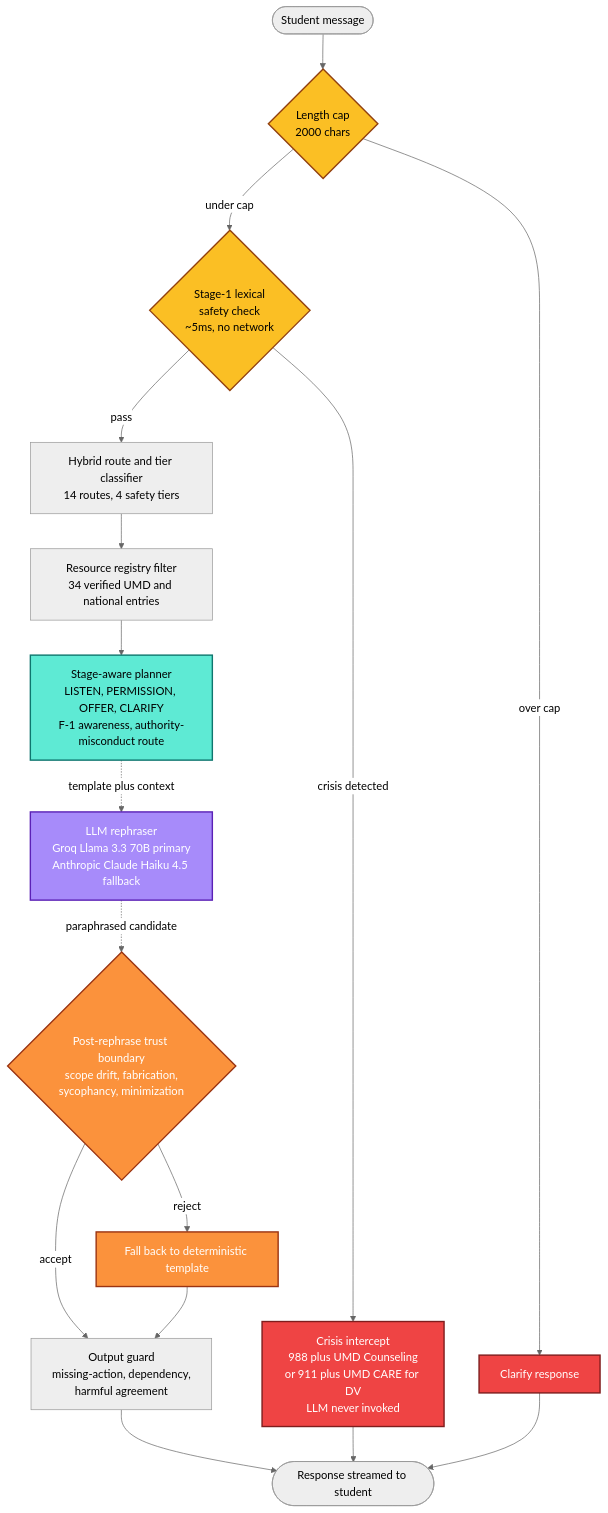
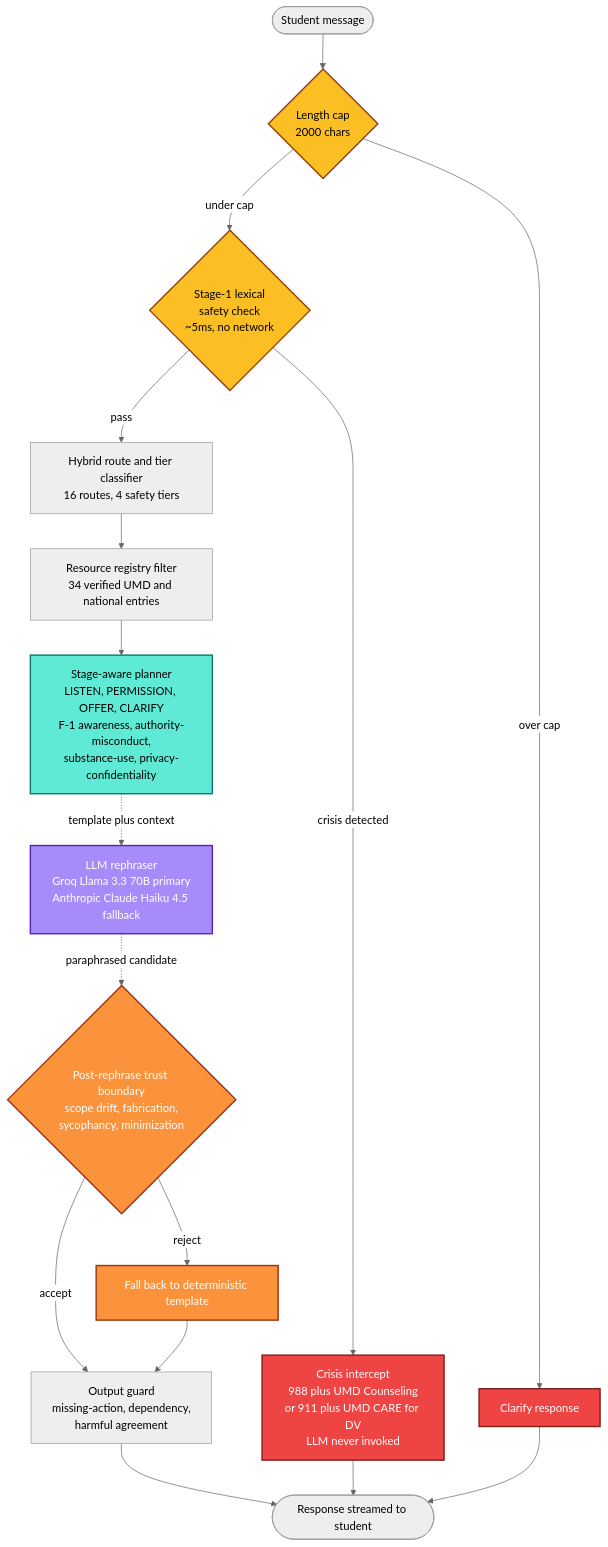
The diagram in README.md (MukulRay1603/Empath-RAG), drawn with Mermaid (neutral theme) before and after one commit. The commit also changed other lines of this file and 1 other file, not shown here.

Commit message:
Docs: README routing/feature note, ERROR_ANALYSIS Category 7 (session-state + intent + new routes)
- README: 14 -> 16 routes in architecture diagram; planner box now
  also names substance-use and privacy-confidentiality. Added a
  second-hardening-pass paragraph documenting session isolation,
  natural-language intent detection, and the two new routes.

- ERROR_ANALYSIS: new Category 7 (six entries) for the gaps caught
  during the pre-recording audit (stale session_id, multi-word
  affirm bypass, greeting-consumed slot, turn_index saturation,
  substance-use unsurfaced, confidentiality deflection). Renumbered
  the previous "what we cannot do" section to Category 8.

````diff
--- a/README.md
+++ b/README.md
@@ -83,35 +83,35 @@
 ```mermaid
 flowchart TB
     U([Student message]) --> CAP{Length cap<br/>2000 chars}
     CAP -->|over cap| CL[Clarify response]
     CAP -->|under cap| S1{Stage-1 lexical<br/>safety check<br/>~5ms, no network}
 
     S1 -->|crisis detected| CR[Crisis intercept<br/>988 plus UMD Counseling<br/>or 911 plus UMD CARE for DV<br/>LLM never invoked]
-    S1 -->|pass| ROUTE[Hybrid route and tier classifier<br/>14 routes, 4 safety tiers]
+    S1 -->|pass| ROUTE[Hybrid route and tier classifier<br/>16 routes, 4 safety tiers]
 
     ROUTE --> REG[Resource registry filter<br/>34 verified UMD and national entries]
-    REG --> PLAN[Stage-aware planner<br/>LISTEN, PERMISSION, OFFER, CLARIFY<br/>F-1 awareness, authority-misconduct route]
+    REG --> PLAN[Stage-aware planner<br/>LISTEN, PERMISSION, OFFER, CLARIFY<br/>F-1 awareness, authority-misconduct,<br/>substance-use, privacy-confidentiality]
 
     PLAN -.->|template plus context| LLM[LLM rephraser<br/>Groq Llama 3.3 70B primary<br/>Anthropic Claude Haiku 4.5 fallback]
     LLM -.->|paraphrased candidate| VFY{Post-rephrase trust boundary<br/>scope drift, fabrication,<br/>sycophancy, minimization}
 
     VFY -->|reject| FB[Fall back to deterministic template]
     VFY -->|accept| GRD[Output guard<br/>missing-action, dependency,<br/>harmful agreement]
     FB --> GRD
 
     GRD --> RESP([Response streamed to student])
     CR --> RESP
     CL --> RESP
 
     classDef intercept fill:#fbbf24,stroke:#92400e,stroke-width:2px,color:#000
     classDef crisis fill:#ef4444,stroke:#7f1d1d,stroke-width:2px,color:#fff
     classDef planner fill:#5eead4,stroke:#0f766e,stroke-width:2px,color:#000
     classDef llm fill:#a78bfa,stroke:#5b21b6,stroke-width:2px,color:#fff
     classDef trust fill:#fb923c,stroke:#9a3412,stroke-width:2px,color:#fff
 
     class CAP,S1 intercept
     class CR,CL crisis
     class PLAN planner
     class LLM llm
     class VFY,FB trust
 ```
````
